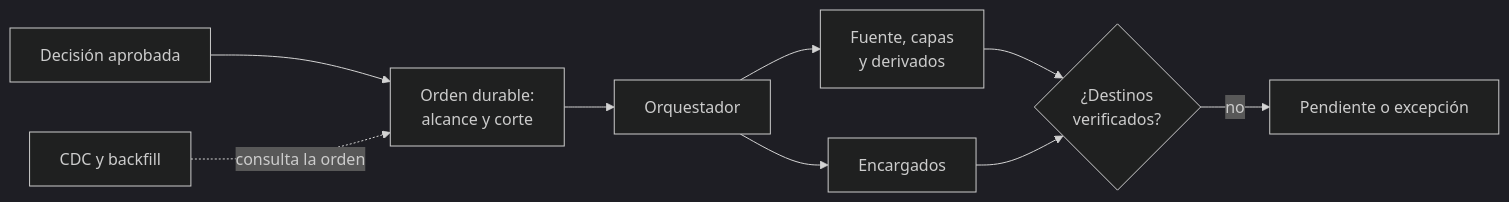
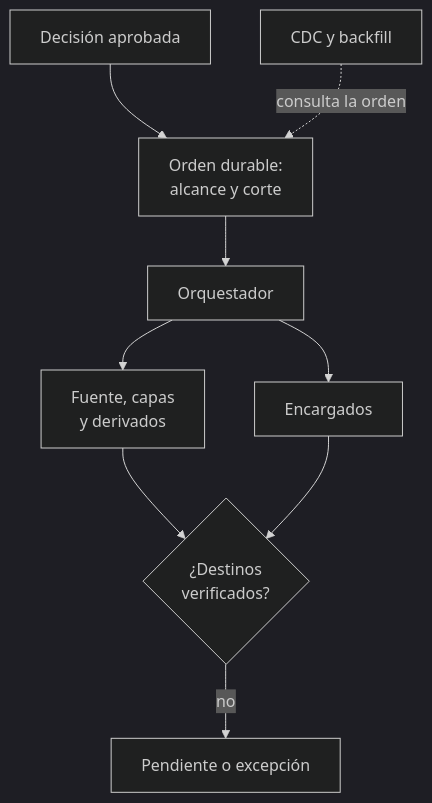
One commit to fcp4891/de-knowledge-hub changed the diagram in content/concepts/distributed-erasure-propagation.md. Above: the diagram before and after it, drawn with Mermaid (dark theme). The commit also changed other lines of this file and 7 other files, not shown here.

````diff
--- a/content/concepts/distributed-erasure-propagation.md
+++ b/content/concepts/distributed-erasure-propagation.md
@@ -142,10 +142,10 @@
 ```mermaid
-flowchart LR
+flowchart TB
   A["Decisión aprobada"] --> O["Orden durable:<br/>alcance y corte"]
   O --> Q["Orquestador"]
   Q --> D["Fuente, capas<br/>y derivados"]
   Q --> T["Encargados"]
   I["CDC y backfill"] -. "consulta la orden" .-> O
   D & T --> R{"¿Destinos<br/>verificados?"}
   R -- "no" --> P["Pendiente o excepción"]
 ```
````
